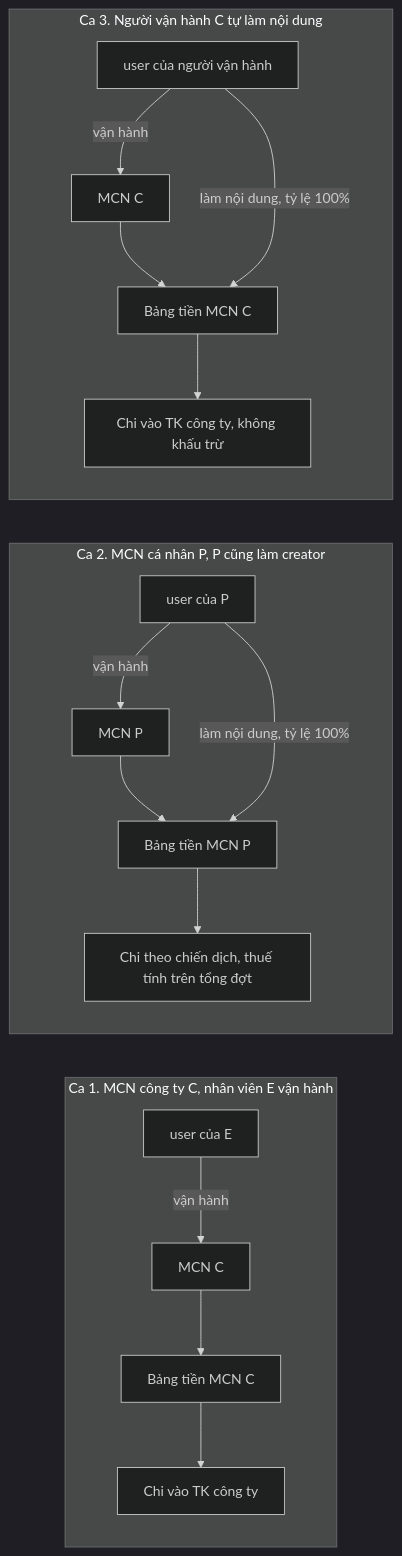
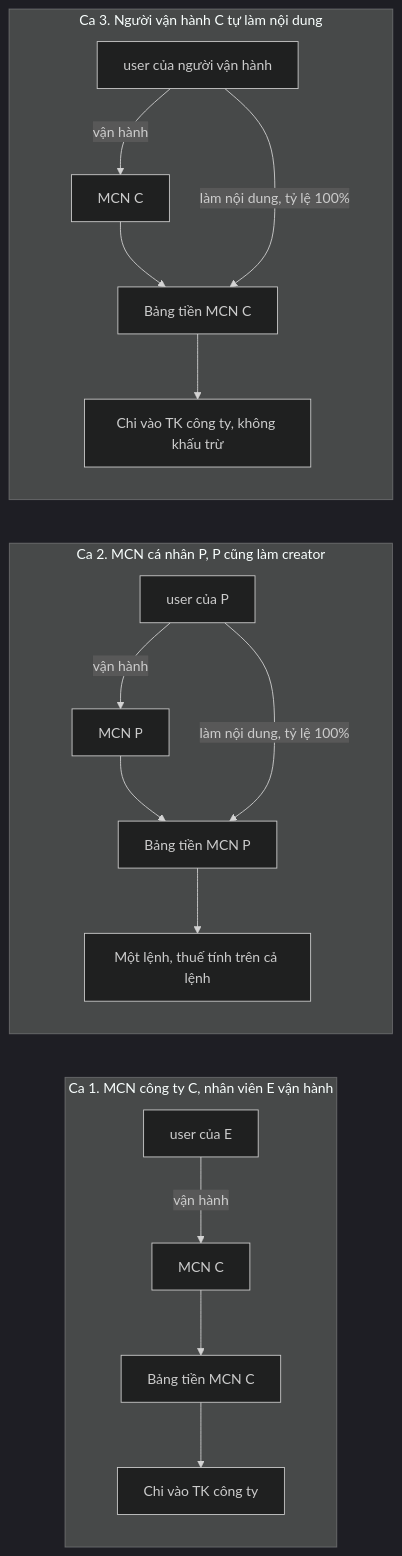
Before and after one commit to viewboost/accesstrade-docs: the second of 6 diagrams in mcn/techspec-mcn-phase1-2026-11-04.md, drawn with Mermaid (dark theme). The commit also changed other lines of this file, not shown here.

````diff
--- a/mcn/techspec-mcn-phase1-2026-11-04.md
+++ b/mcn/techspec-mcn-phase1-2026-11-04.md
@@ -227,14 +239,14 @@
 ```mermaid
 flowchart LR
   subgraph CA1["Ca 1. MCN công ty C, nhân viên E vận hành"]
     UE["user của E"] -- "vận hành" --> MC1["MCN C"] --> L1["Bảng tiền MCN C"] --> P1["Chi vào TK công ty"]
   end
   subgraph CA2["Ca 2. MCN cá nhân P, P cũng làm creator"]
-    UP["user của P"] -- "vận hành" --> M2["MCN P"] --> L2["Bảng tiền MCN P"] --> P2O["Chi theo chiến dịch, thuế tính trên tổng đợt"]
+    UP["user của P"] -- "vận hành" --> M2["MCN P"] --> L2["Bảng tiền MCN P"] --> P2O["Một lệnh, thuế tính trên cả lệnh"]
     UP -- "làm nội dung, tỷ lệ 100%" --> L2
   end
   subgraph CA3["Ca 3. Người vận hành C tự làm nội dung"]
     UC["user của người vận hành"] -- "vận hành" --> MC3["MCN C"] --> L3["Bảng tiền MCN C"] --> P3O["Chi vào TK công ty, không khấu trừ"]
     UC -- "làm nội dung, tỷ lệ 100%" --> L3
   end
 ```
````
